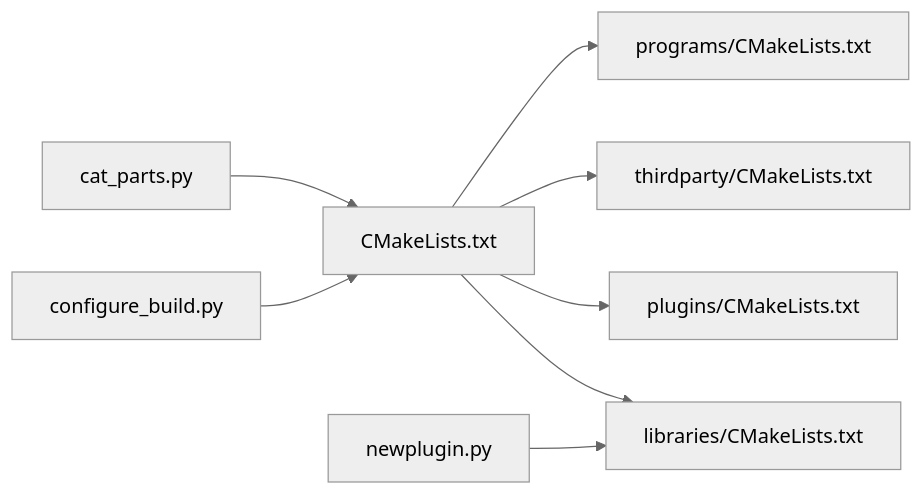
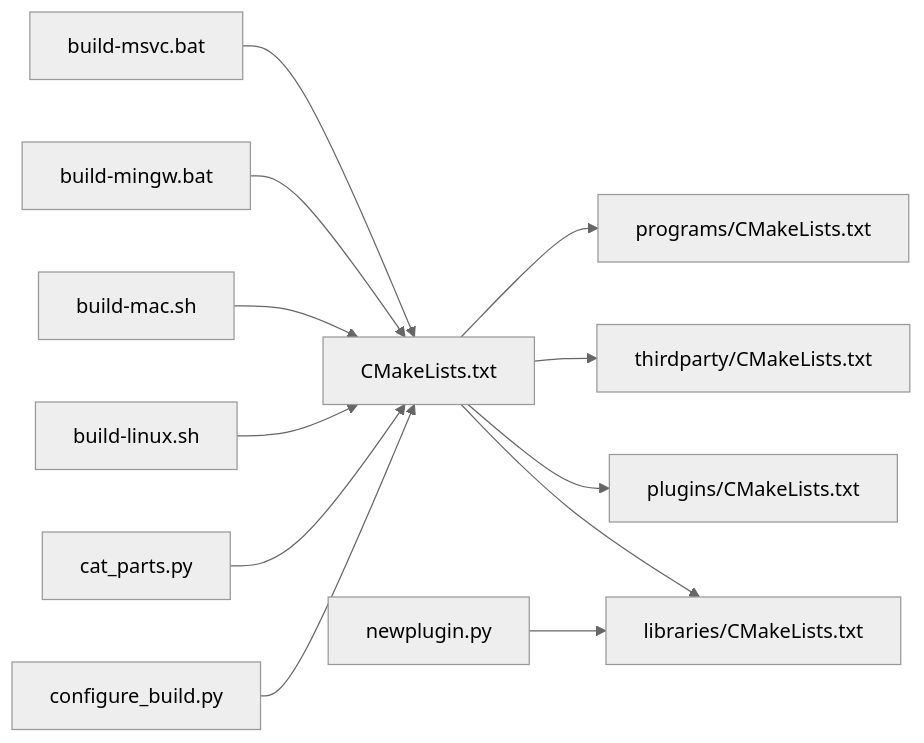
Before and after one commit to VIZ-Blockchain/viz-cpp-node: the seventh of 7 diagrams in .qoder/repowiki/en/content/Development Tools/Build System/Build System.md, drawn with Mermaid (neutral theme). The commit also changed other lines of this file and 4 other files, not shown here.

````diff
--- a/.qoder/repowiki/en/content/Development Tools/Build System/Build System.md
+++ b/.qoder/repowiki/en/content/Development Tools/Build System/Build System.md
@@ -381,18 +588,26 @@
 ```mermaid
 graph LR
 CMakeTop["CMakeLists.txt"]
 Libs["libraries/CMakeLists.txt"]
 Plugins["plugins/CMakeLists.txt"]
 Third["thirdparty/CMakeLists.txt"]
 Progs["programs/CMakeLists.txt"]
 CFGPy["configure_build.py"]
 CATPy["cat_parts.py"]
 NEWPy["newplugin.py"]
+LinuxScript["build-linux.sh"]
+MacScript["build-mac.sh"]
+MinGWScript["build-mingw.bat"]
+MSVCScript["build-msvc.bat"]
 CMakeTop --> Libs
 CMakeTop --> Plugins
 CMakeTop --> Third
 CMakeTop --> Progs
 CFGPy --> CMakeTop
 CATPy --> CMakeTop
 NEWPy --> Libs
+LinuxScript --> CMakeTop
+MacScript --> CMakeTop
+MinGWScript --> CMakeTop
+MSVCScript --> CMakeTop
 ```
````
